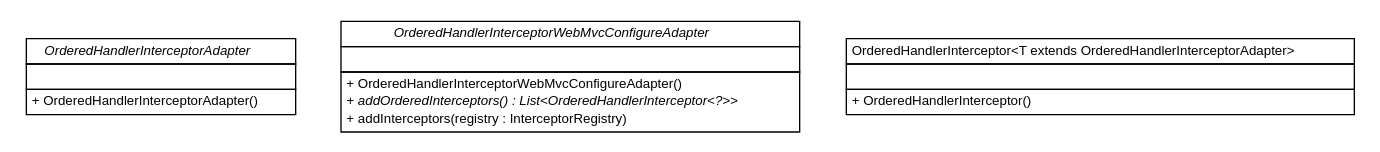
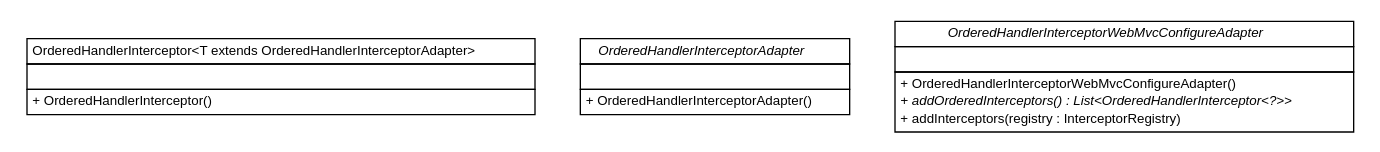
One commit to cloud-ready/cloud-ready changed the diagram in release/build-docker/cloud-ready-parent/spring-boot-commons/apidocs/top/infra/web/servlet/handler/top.infra.web.servlet.handler.dot. Above: the diagram before and after it, drawn with Graphviz. The commit also changed 112 other files, not shown here.

```diff
--- a/release/build-docker/cloud-ready-parent/spring-boot-commons/apidocs/top/infra/web/servlet/handler/top.infra.web.servlet.handler.dot
+++ b/release/build-docker/cloud-ready-parent/spring-boot-commons/apidocs/top/infra/web/servlet/handler/top.infra.web.servlet.handler.dot
@@ -1,50 +1,50 @@
 #!/usr/local/bin/dot
 #
 # Class diagram 
 # Generated by UMLGraph version R5_6-24-gf6e263 (http://www.umlgraph.org/)
 #
 
 digraph G {
 	edge [fontname="Helvetica",fontsize=10,labelfontname="Helvetica",labelfontsize=10];
 	node [fontname="Helvetica",fontsize=10,shape=plaintext];
 	nodesep=0.25;
 	ranksep=0.5;
+	// top.infra.web.servlet.handler.OrderedHandlerInterceptor<T extends top.infra.web.servlet.handler.OrderedHandlerInterceptorAdapter>
+	c0 [label=<<table title="top.infra.web.servlet.handler.OrderedHandlerInterceptor" border="0" cellborder="1" cellspacing="0" cellpadding="2" port="p" href="./OrderedHandlerInterceptor.html">
+		<tr><td><table border="0" cellspacing="0" cellpadding="1">
+<tr><td align="center" balign="center"> OrderedHandlerInterceptor&lt;T extends OrderedHandlerInterceptorAdapter&gt; </td></tr>
+		</table></td></tr>
+		<tr><td><table border="0" cellspacing="0" cellpadding="1">
+<tr><td align="left" balign="left">  </td></tr>
+		</table></td></tr>
+		<tr><td><table border="0" cellspacing="0" cellpadding="1">
+<tr><td align="left" balign="left"> + OrderedHandlerInterceptor() </td></tr>
+		</table></td></tr>
+		</table>>, URL="./OrderedHandlerInterceptor.html", fontname="Helvetica", fontcolor="black", fontsize=10.0];
 	// top.infra.web.servlet.handler.OrderedHandlerInterceptorAdapter
-	c0 [label=<<table title="top.infra.web.servlet.handler.OrderedHandlerInterceptorAdapter" border="0" cellborder="1" cellspacing="0" cellpadding="2" port="p" href="./OrderedHandlerInterceptorAdapter.html">
+	c1 [label=<<table title="top.infra.web.servlet.handler.OrderedHandlerInterceptorAdapter" border="0" cellborder="1" cellspacing="0" cellpadding="2" port="p" href="./OrderedHandlerInterceptorAdapter.html">
 		<tr><td><table border="0" cellspacing="0" cellpadding="1">
 <tr><td align="center" balign="center"><font face="Helvetica-Oblique"> OrderedHandlerInterceptorAdapter </font></td></tr>
 		</table></td></tr>
 		<tr><td><table border="0" cellspacing="0" cellpadding="1">
 <tr><td align="left" balign="left">  </td></tr>
 		</table></td></tr>
 		<tr><td><table border="0" cellspacing="0" cellpadding="1">
 <tr><td align="left" balign="left"> + OrderedHandlerInterceptorAdapter() </td></tr>
 		</table></td></tr>
 		</table>>, URL="./OrderedHandlerInterceptorAdapter.html", fontname="Helvetica", fontcolor="black", fontsize=10.0];
 	// top.infra.web.servlet.handler.OrderedHandlerInterceptorWebMvcConfigureAdapter
-	c1 [label=<<table title="top.infra.web.servlet.handler.OrderedHandlerInterceptorWebMvcConfigureAdapter" border="0" cellborder="1" cellspacing="0" cellpadding="2" port="p" href="./OrderedHandlerInterceptorWebMvcConfigureAdapter.html">
+	c2 [label=<<table title="top.infra.web.servlet.handler.OrderedHandlerInterceptorWebMvcConfigureAdapter" border="0" cellborder="1" cellspacing="0" cellpadding="2" port="p" href="./OrderedHandlerInterceptorWebMvcConfigureAdapter.html">
 		<tr><td><table border="0" cellspacing="0" cellpadding="1">
 <tr><td align="center" balign="center"><font face="Helvetica-Oblique"> OrderedHandlerInterceptorWebMvcConfigureAdapter </font></td></tr>
 		</table></td></tr>
 		<tr><td><table border="0" cellspacing="0" cellpadding="1">
 <tr><td align="left" balign="left">  </td></tr>
 		</table></td></tr>
 		<tr><td><table border="0" cellspacing="0" cellpadding="1">
 <tr><td align="left" balign="left"> + OrderedHandlerInterceptorWebMvcConfigureAdapter() </td></tr>
 <tr><td align="left" balign="left"><font face="Helvetica-Oblique" point-size="10.0"> + addOrderedInterceptors() : List&lt;OrderedHandlerInterceptor&lt;?&gt;&gt; </font></td></tr>
 <tr><td align="left" balign="left"> + addInterceptors(registry : InterceptorRegistry) </td></tr>
 		</table></td></tr>
 		</table>>, URL="./OrderedHandlerInterceptorWebMvcConfigureAdapter.html", fontname="Helvetica", fontcolor="black", fontsize=10.0];
-	// top.infra.web.servlet.handler.OrderedHandlerInterceptor<T extends top.infra.web.servlet.handler.OrderedHandlerInterceptorAdapter>
-	c2 [label=<<table title="top.infra.web.servlet.handler.OrderedHandlerInterceptor" border="0" cellborder="1" cellspacing="0" cellpadding="2" port="p" href="./OrderedHandlerInterceptor.html">
-		<tr><td><table border="0" cellspacing="0" cellpadding="1">
-<tr><td align="center" balign="center"> OrderedHandlerInterceptor&lt;T extends OrderedHandlerInterceptorAdapter&gt; </td></tr>
-		</table></td></tr>
-		<tr><td><table border="0" cellspacing="0" cellpadding="1">
-<tr><td align="left" balign="left">  </td></tr>
-		</table></td></tr>
-		<tr><td><table border="0" cellspacing="0" cellpadding="1">
-<tr><td align="left" balign="left"> + OrderedHandlerInterceptor() </td></tr>
-		</table></td></tr>
-		</table>>, URL="./OrderedHandlerInterceptor.html", fontname="Helvetica", fontcolor="black", fontsize=10.0];
 }
```
